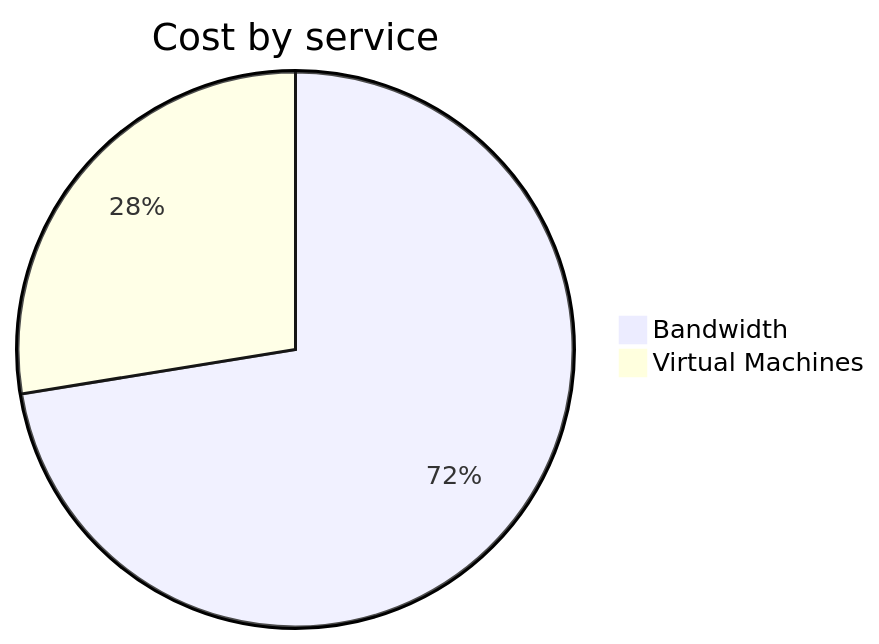
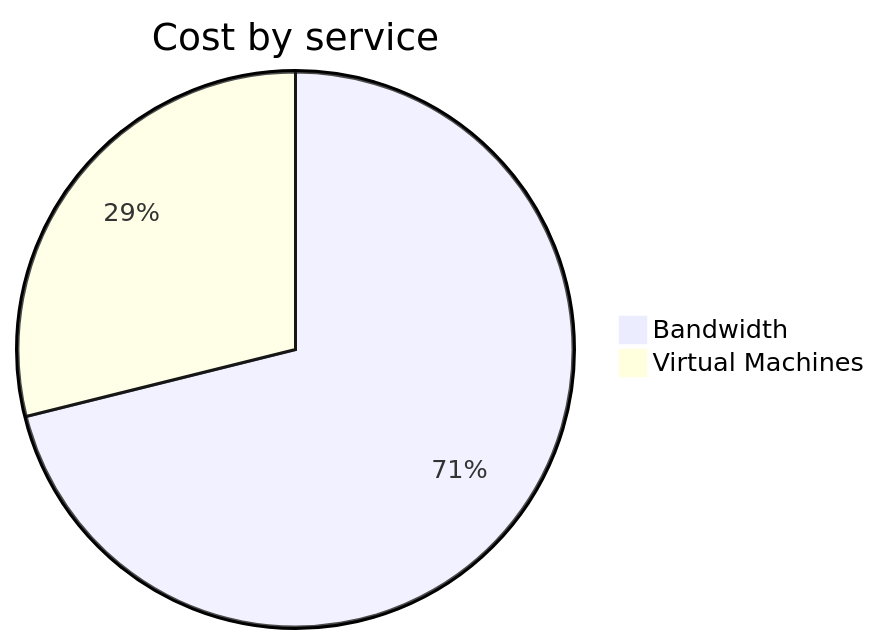
Before and after one commit to jpfulton/azure-personal-reports: the second of 4 diagrams in cost-reports/personal-network/vpn-server.md, drawn with Mermaid. The commit also changed other lines of this file and 8 other files, not shown here.

````diff
--- a/cost-reports/personal-network/vpn-server.md
+++ b/cost-reports/personal-network/vpn-server.md
@@ -92,6 +92,6 @@
 ```mermaid
 pie
    title Cost by service
-   "Bandwidth" : 9.49
-   "Virtual Machines" : 3.61
+   "Bandwidth" : 9.63
+   "Virtual Machines" : 3.91
 ```
````
